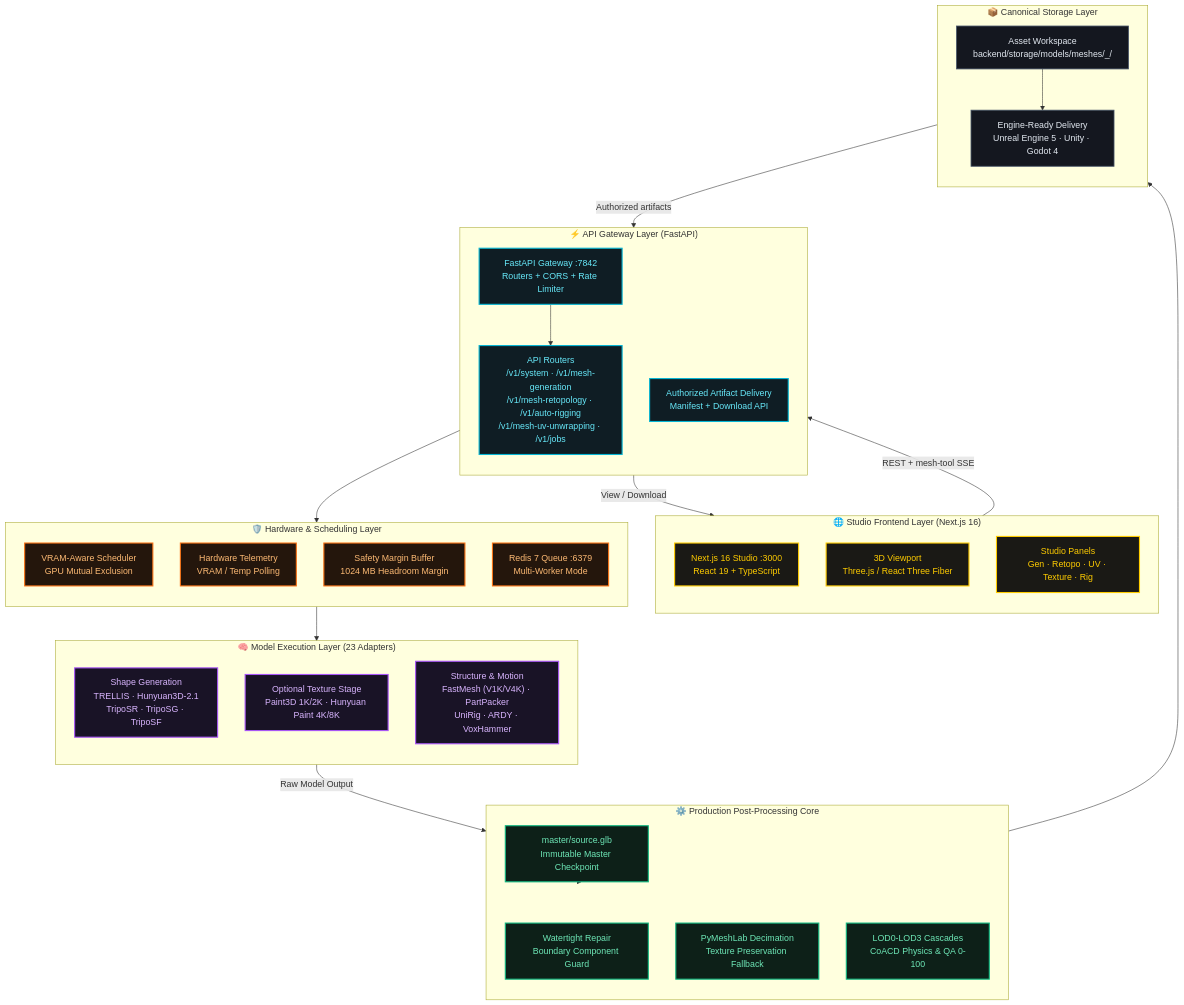
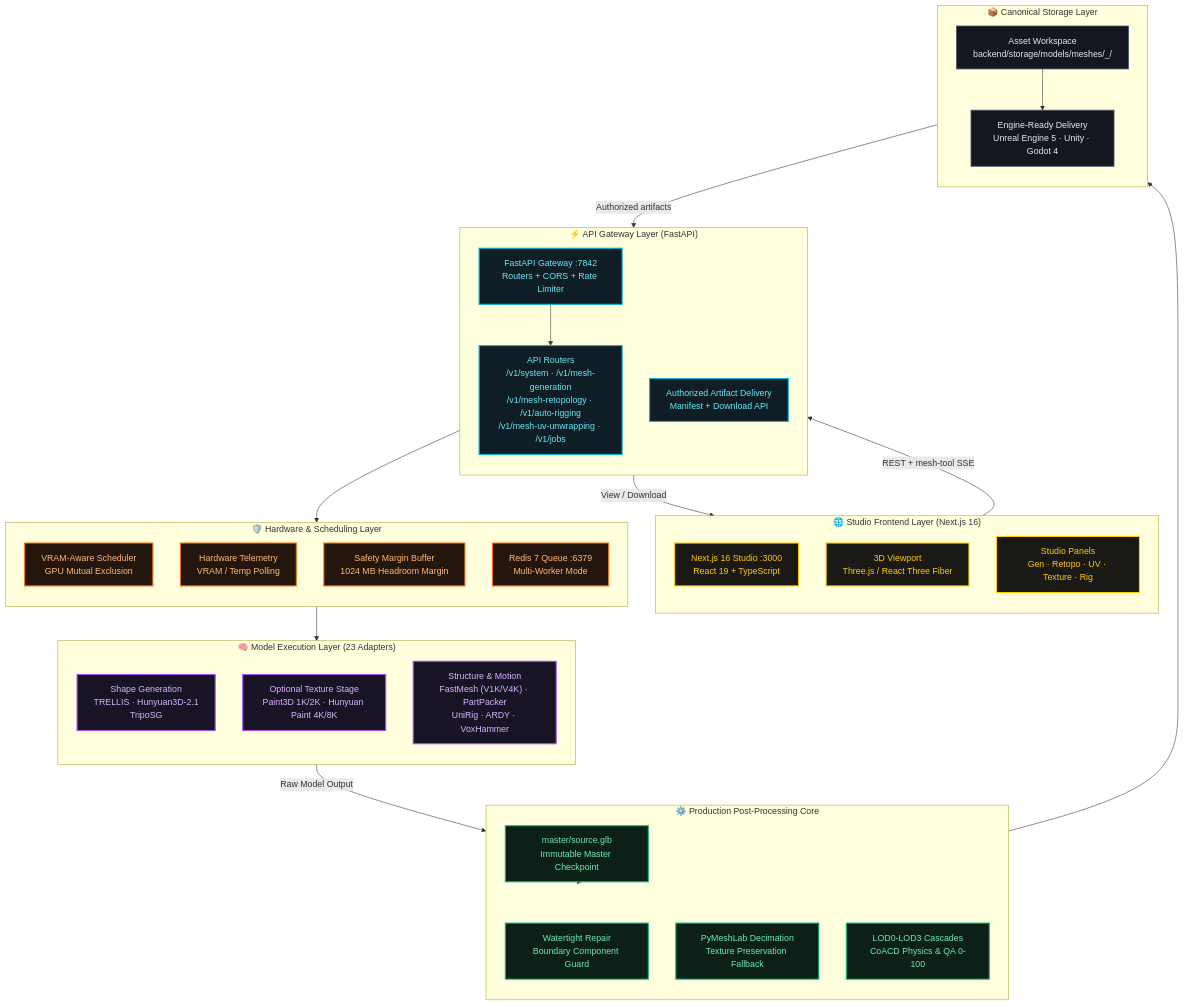
The first of 4 diagrams in Docs/ARCHITECTURE.md (Silentzx2/ForMash3D), drawn with Mermaid before and after one commit. The commit also changed other lines of this file and 44 other files, not shown here.

````diff
--- a/Docs/ARCHITECTURE.md
+++ b/Docs/ARCHITECTURE.md
@@ -26,64 +26,64 @@
 ```mermaid
 flowchart TB
     %% Sleek Studio Palette
     classDef gold fill:#1a1915,stroke:#ffcc00,stroke-width:2px,color:#ffcc00;
     classDef cyan fill:#0f1d24,stroke:#06b6d4,stroke-width:2px,color:#67e8f9;
     classDef purple fill:#191326,stroke:#a855f7,stroke-width:2px,color:#d8b4fe;
     classDef green fill:#0d2018,stroke:#10b981,stroke-width:2px,color:#6ee7b7;
     classDef orange fill:#24160c,stroke:#f97316,stroke-width:2px,color:#fdba74;
     classDef slate fill:#14171f,stroke:#475569,stroke-width:1.5px,color:#e2e8f0;
 
     subgraph LAYER["🌐 Studio Frontend Layer (Next.js 16)"]
         direction TB
         NEXT["Next.js 16 Studio :3000<br/>React 19 + TypeScript"]:::gold
         VPORT["3D Viewport<br/>Three.js / React Three Fiber"]:::gold
         CONTROLS["Studio Panels<br/>Gen · Retopo · UV · Texture · Rig"]:::gold
     end
 
     subgraph GW["⚡ API Gateway Layer (FastAPI)"]
         direction TB
         API["FastAPI Gateway :7842<br/>Routers + CORS + Rate Limiter"]:::cyan
         ROUTERS["API Routers<br/>/v1/system · /v1/mesh-generation<br/>/v1/mesh-retopology · /v1/auto-rigging<br/>/v1/mesh-uv-unwrapping · /v1/jobs"]:::cyan
         STATIC["Authorized Artifact Delivery<br/>Manifest + Download API"]:::cyan
     end
 
     subgraph SCHEDULER["🛡️ Hardware & Scheduling Layer"]
         direction TB
         SCHED["VRAM-Aware Scheduler<br/>GPU Mutual Exclusion"]:::orange
         GPU_MON["Hardware Telemetry<br/>VRAM / Temp Polling"]:::orange
         VRAM_BUF["Safety Margin Buffer<br/>1024 MB Headroom Margin"]:::orange
         REDIS["Redis 7 Queue :6379<br/>Multi-Worker Mode"]:::orange
     end
 
     subgraph CORE["🧠 Model Execution Layer (23 Adapters)"]
         direction TB
-        SHAPE["Shape Generation<br/>TRELLIS · Hunyuan3D-2.1<br/>TripoSR · TripoSG · TripoSF"]:::purple
+        SHAPE["Shape Generation<br/>TRELLIS · Hunyuan3D-2.1<br/>TripoSG"]:::purple
         PAINT["Optional Texture Stage<br/>Paint3D 1K/2K · Hunyuan Paint 4K/8K"]:::purple
         STRUCT["Structure & Motion<br/>FastMesh (V1K/V4K) · PartPacker<br/>UniRig · ARDY · VoxHammer"]:::purple
     end
 
     subgraph POST["⚙️ Production Post-Processing Core"]
         direction TB
         SRC_CHECK["master/source.glb<br/>Immutable Master Checkpoint"]:::green
         REPAIR["Watertight Repair<br/>Boundary Component Guard"]:::green
         SIMPLIFY["PyMeshLab Decimation<br/>Texture Preservation Fallback"]:::green
         FINISH["LOD0-LOD3 Cascades<br/>CoACD Physics & QA 0-100"]:::green
     end
 
     subgraph DATA["📦 Canonical Storage Layer"]
         direction TB
         LOCAL["Asset Workspace<br/>backend/storage/models/meshes/<asset>_<job_id>/"]:::slate
         ZIP["Engine-Ready Delivery<br/>Unreal Engine 5 · Unity · Godot 4"]:::slate
     end
 
     LAYER -->|"REST + mesh-tool SSE"| GW
     API --> ROUTERS
     ROUTERS --> SCHEDULER
     SCHEDULER --> CORE
     CORE -->|"Raw Model Output"| SRC_CHECK
     SRC_CHECK --> POST
     POST --> LOCAL
     LOCAL --> ZIP
     LOCAL -->|"Authorized artifacts"| STATIC
     STATIC -->|"View / Download"| VPORT
 ```
````
